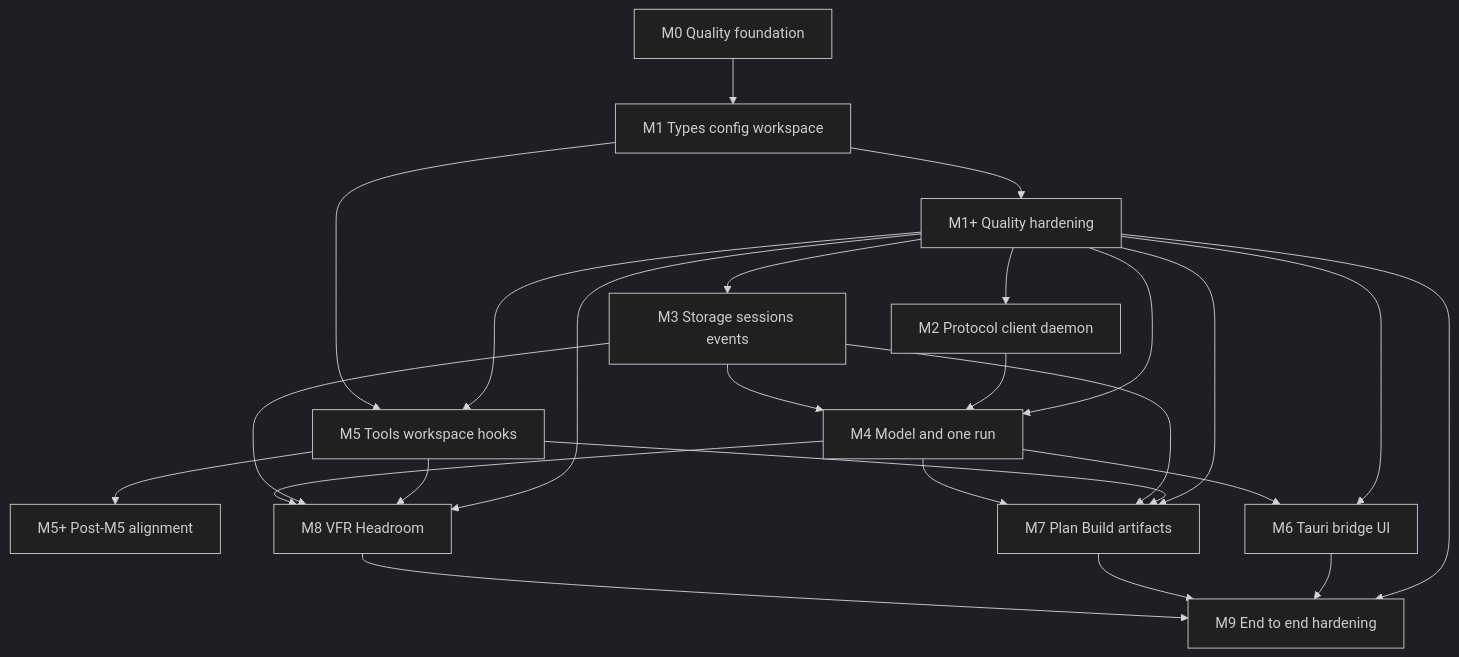
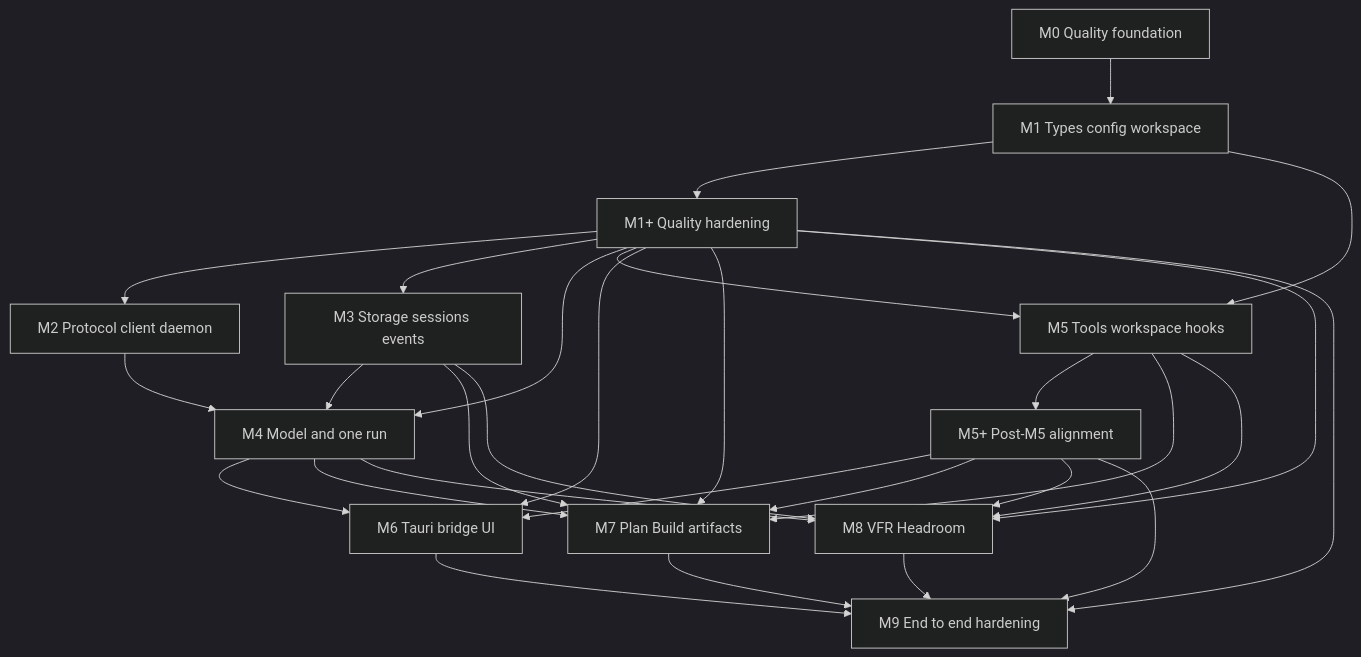
Before and after one commit to y0tsy/intention-relay: the first of 2 diagrams in docs/intention-relay/architecture/11-implementation-roadmap.md, drawn with Mermaid (dark theme). The commit also changed other lines of this file, not shown here.

````diff
--- a/docs/intention-relay/architecture/11-implementation-roadmap.md
+++ b/docs/intention-relay/architecture/11-implementation-roadmap.md
@@ -11,27 +11,31 @@
 ```mermaid
 flowchart TD
   Q[M0 Quality foundation] --> A[M1 Types config workspace]
   A --> P[M1+ Quality hardening]
   P --> B[M2 Protocol client daemon]
   P --> C[M3 Storage sessions events]
   P --> D[M4 Model and one run]
   P --> E[M5 Tools workspace hooks]
   E --> K[M5+ Post-M5 alignment]
+  K --> F[M6 Tauri bridge UI]
+  K --> G[M7 Plan Build artifacts]
+  K --> H[M8 VFR Headroom]
+  K --> I[M9 End to end hardening]
   P --> F[M6 Tauri bridge UI]
   P --> G[M7 Plan Build artifacts]
   P --> H[M8 VFR Headroom]
   P --> I[M9 End to end hardening]
   B --> D
   C --> D
   A --> E
   D --> F
   E --> G
   C --> G
   D --> G
   E --> H
   C --> H
   D --> H
   F --> I
   G --> I
   H --> I
 ```
````
